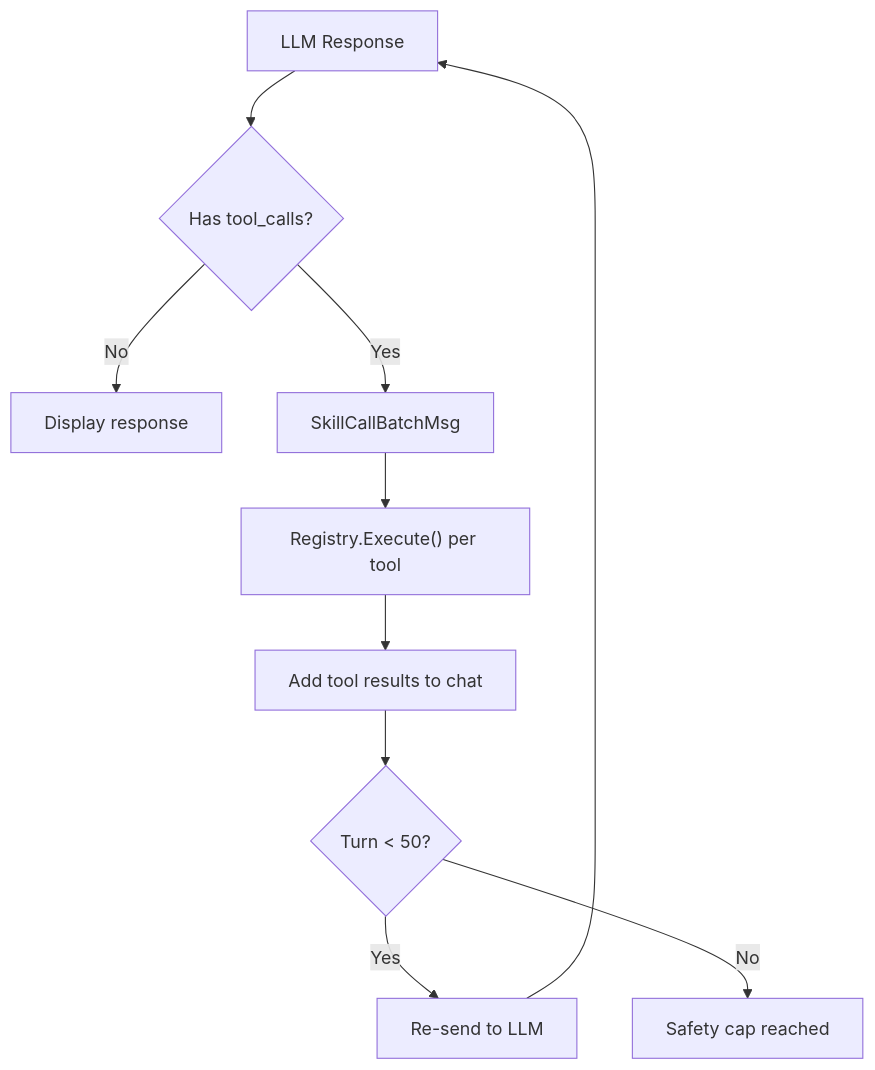
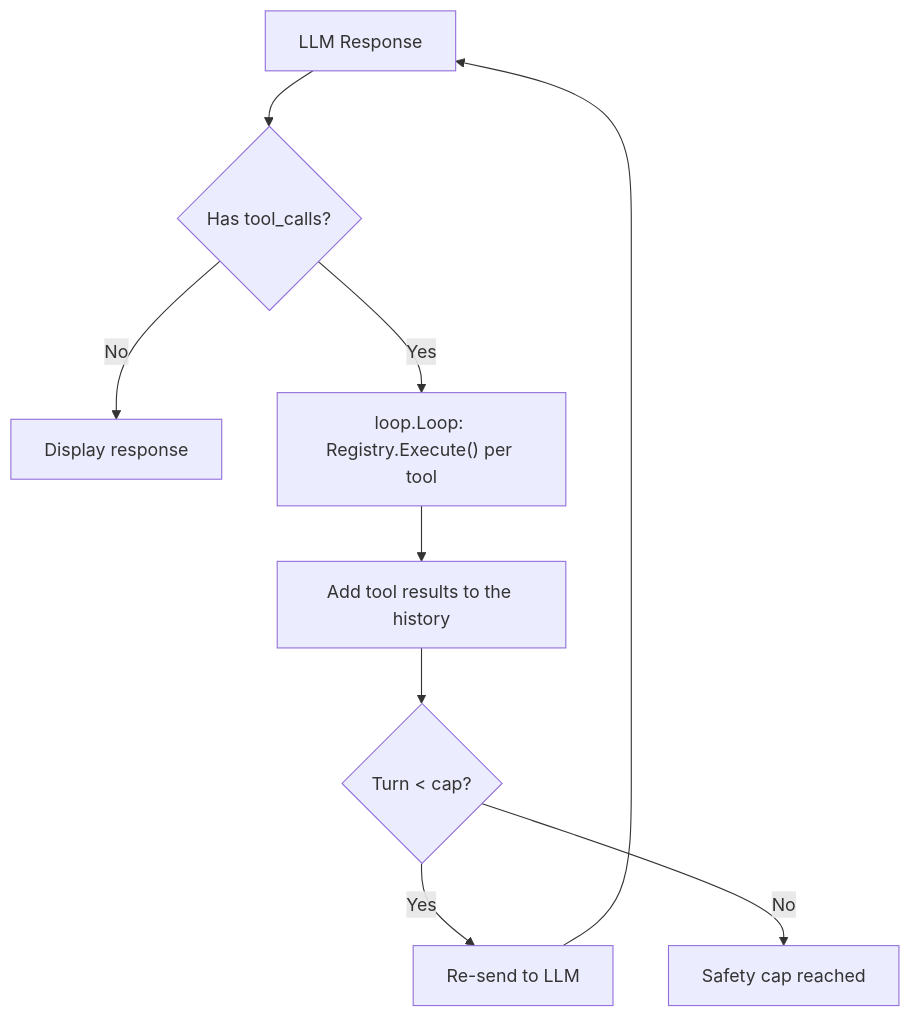
Before and after one commit to whykusanagi/celeste-cli: the third of 5 diagrams in docs/ROUTING.md, drawn with Mermaid. The commit also changed other lines of this file and 34 other files, not shown here.

````diff
--- a/docs/ROUTING.md
+++ b/docs/ROUTING.md
@@ -64,12 +68,11 @@
 ```mermaid
 flowchart TD
     Response["LLM Response"] --> HasTools{"Has tool_calls?"}
     HasTools -->|No| Display["Display response"]
-    HasTools -->|Yes| Batch["SkillCallBatchMsg"]
-    Batch --> Execute["Registry.Execute() per tool"]
-    Execute --> Results["Add tool results to chat"]
-    Results --> Cap{"Turn < 50?"}
+    HasTools -->|Yes| Execute["loop.Loop: Registry.Execute() per tool"]
+    Execute --> Results["Add tool results to the history"]
+    Results --> Cap{"Turn < cap?"}
     Cap -->|Yes| Resend["Re-send to LLM"]
     Resend --> Response
     Cap -->|No| Stop["Safety cap reached"]
 ```
````
